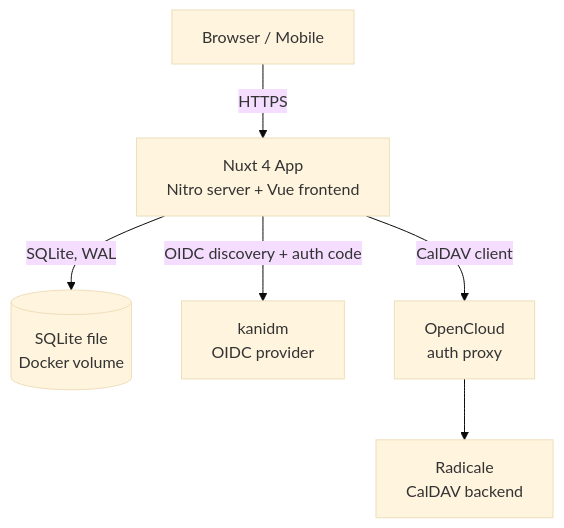
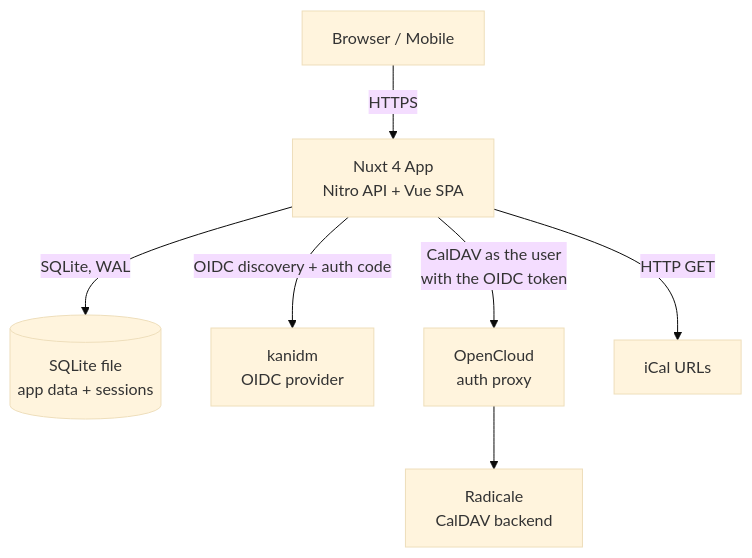
The first of 4 diagrams in docs/design.md (ByteSquire/web-calendar), drawn with Mermaid (base theme) before and after one commit. The commit also changed other lines of this file and 11 other files, not shown here.

````diff
--- a/docs/design.md
+++ b/docs/design.md
@@ -69,9 +87,10 @@
 ```mermaid
 graph TD
     Browser[Browser / Mobile] -->|HTTPS| Nuxt
-    Nuxt[Nuxt 4 App<br/>Nitro server + Vue frontend]
-    Nuxt -->|SQLite, WAL| DB[(SQLite file<br/>Docker volume)]
+    Nuxt[Nuxt 4 App<br/>Nitro API + Vue SPA]
+    Nuxt -->|SQLite, WAL| DB[(SQLite file<br/>app data + sessions)]
     Nuxt -->|OIDC discovery + auth code| Kanidm[kanidm<br/>OIDC provider]
-    Nuxt -->|CalDAV client| OpenCloud[OpenCloud<br/>auth proxy]
+    Nuxt -->|CalDAV as the user<br/>with the OIDC token| OpenCloud[OpenCloud<br/>auth proxy]
     OpenCloud --> Radicale[Radicale<br/>CalDAV backend]
+    Nuxt -->|HTTP GET| ICS[iCal URLs]
 ```
````
